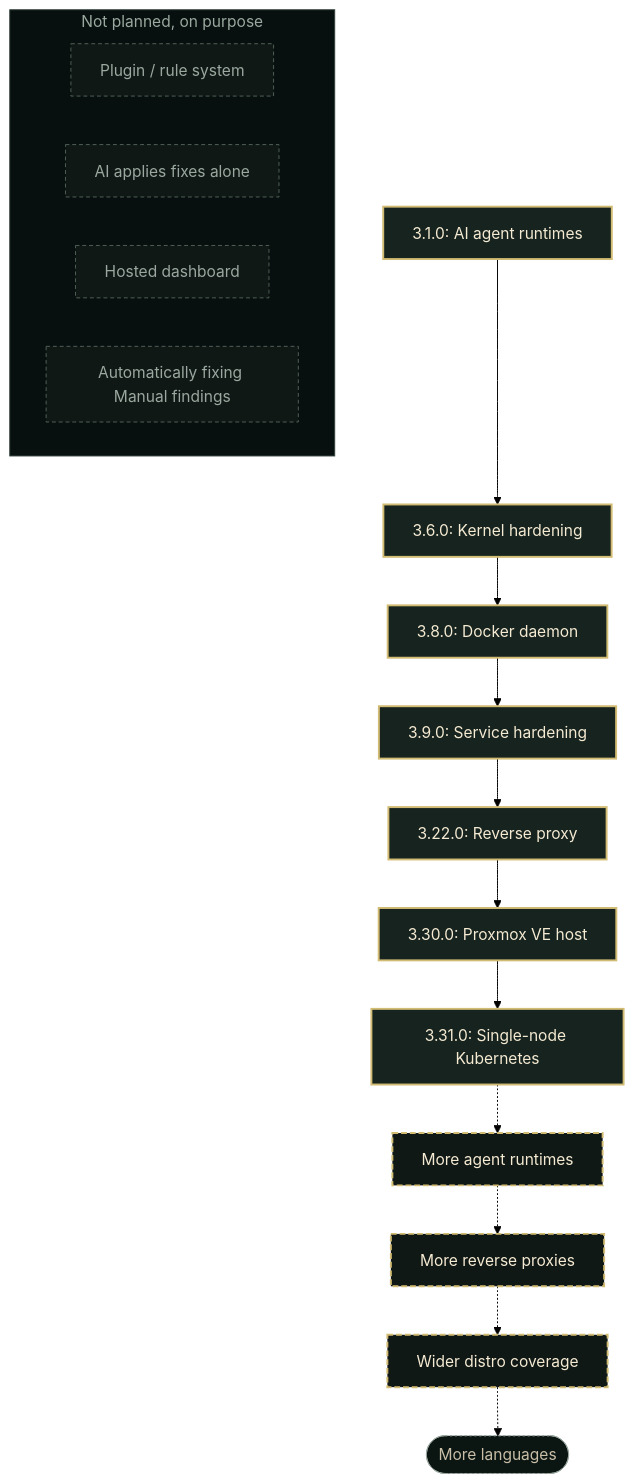
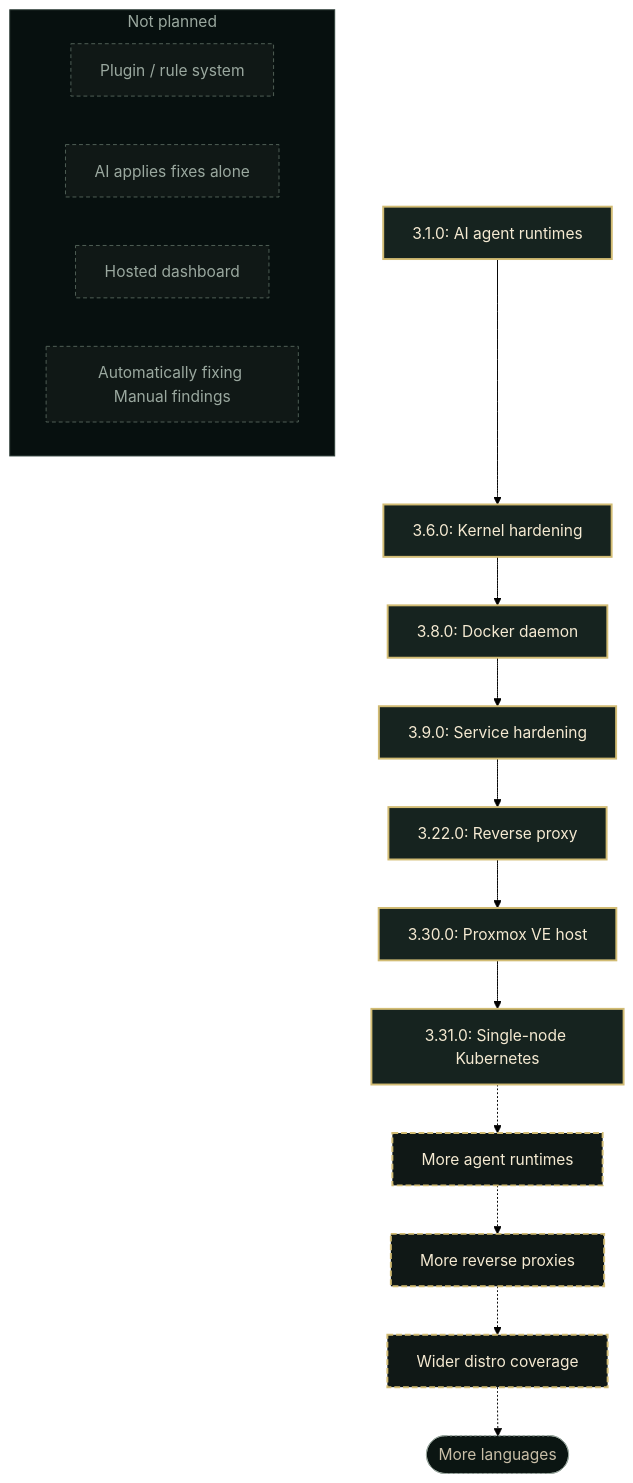
Before and after one commit to seolcu/hostveil: the diagram in README.md, drawn with Mermaid (forest theme). The commit also changed other lines of this file and 490 other files, not shown here.

````diff
--- a/README.md
+++ b/README.md
@@ -383,32 +379,32 @@
 ```mermaid
 graph TD
     v1["3.1.0: AI agent runtimes"] --> v2["3.6.0: Kernel hardening"]
     v2 --> v3["3.8.0: Docker daemon"]
     v3 --> v4["3.9.0: Service hardening"]
     v4 --> v5["3.22.0: Reverse proxy"]
     v5 --> v6["3.30.0: Proxmox VE host"]
     v6 --> v7["3.31.0: Single-node Kubernetes"]
     v7 -.-> n1["More agent runtimes"]
     n1 -.-> n2["More reverse proxies"]
     n2 -.-> n3["Wider distro coverage"]
     n3 -.-> e4(["More languages"])
 
-    subgraph np["Not planned, on purpose"]
+    subgraph np["Not planned"]
         x1["Plugin / rule system"]
         x2["AI applies fixes alone"]
         x3["Hosted dashboard"]
         x4["Automatically fixing Manual findings"]
     end
 
     classDef shipped fill:#16231f,stroke:#d2bc74,stroke-width:2px,color:#f5ead2
     classDef next fill:#101816,stroke:#d2bc74,stroke-width:2px,stroke-dasharray:6 3,color:#f5ead2
     classDef exploring fill:#0b1512,stroke:#9aa89f,stroke-width:1px,stroke-dasharray:2 3,color:#c8bea7
     classDef notplanned fill:#101816,stroke:#516057,stroke-width:1px,stroke-dasharray:4 3,color:#9aa89f
     classDef npTitle fill:#07100f,stroke:#31413b,color:#9aa89f
 
     class v1,v2,v3,v4,v5,v6,v7 shipped
     class n1,n2,n3 next
     class e4 exploring
     class x1,x2,x3,x4 notplanned
     class np npTitle
 ```
````
